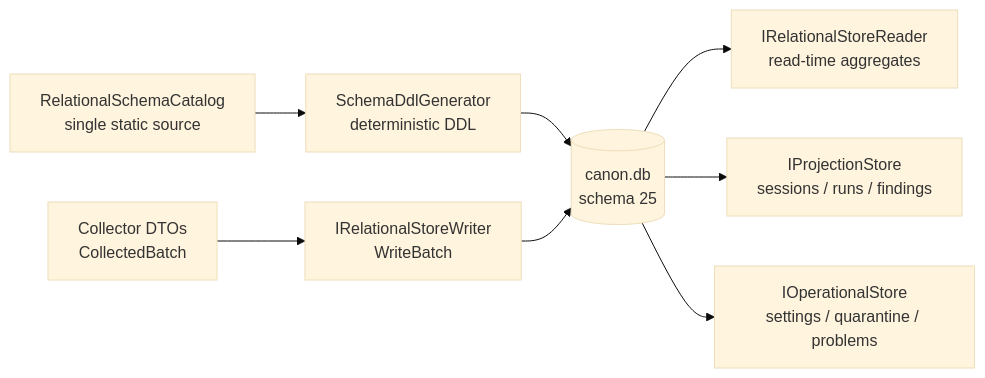
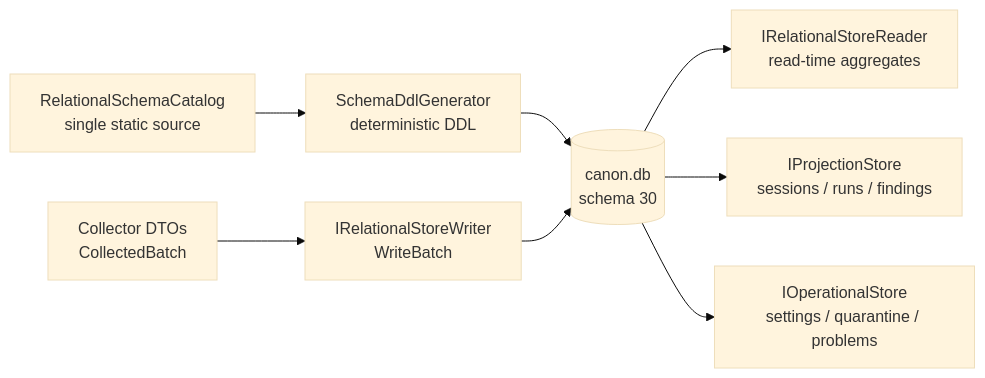
The fifth of 8 diagrams in docs/dash/architecture.md (dpalfery/kyber-weave), drawn with Mermaid (base theme) before and after one commit. The commit also changed other lines of this file and 80 other files, not shown here.

````diff
--- a/docs/dash/architecture.md
+++ b/docs/dash/architecture.md
@@ -1263,16 +1268,16 @@
 ```mermaid
 flowchart LR
     CAT["RelationalSchemaCatalog<br/>single static source"]
     DDL["SchemaDdlGenerator<br/>deterministic DDL"]
     COL["Collector DTOs<br/>CollectedBatch"]
     W["IRelationalStoreWriter<br/>WriteBatch"]
-    DB[("canon.db<br/>schema 25")]
+    DB[("canon.db<br/>schema 30")]
     R["IRelationalStoreReader<br/>read-time aggregates"]
     P["IProjectionStore<br/>sessions / runs / findings"]
     O["IOperationalStore<br/>settings / quarantine / problems"]
     CAT --> DDL --> DB
     COL --> W --> DB
     DB --> R
     DB --> P
     DB --> O
 ```
````
